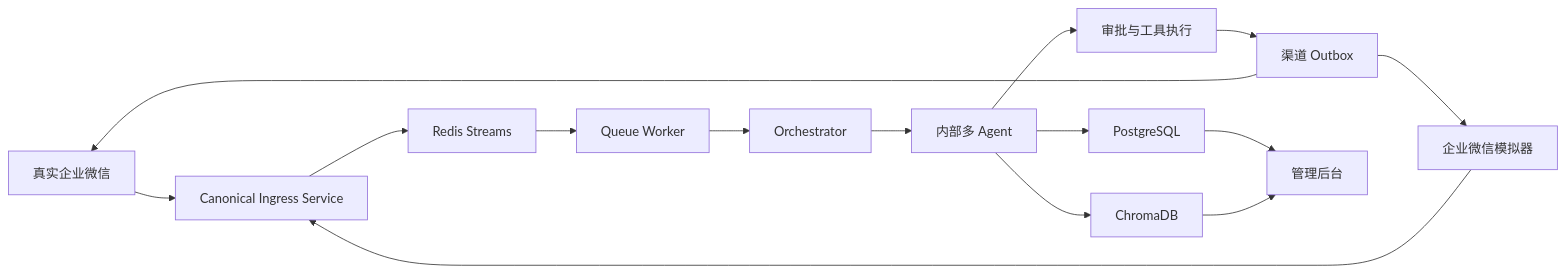
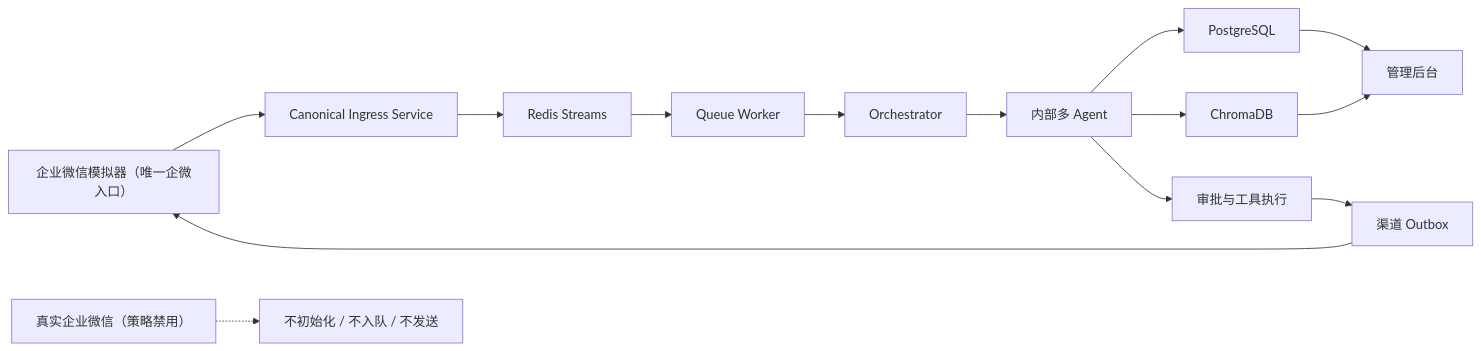
The diagram in docs/product/unified-agent-demo-journey.md (weiz98417-crypto/memory-palace-os), drawn with Mermaid before and after one commit. The commit also changed other lines of this file and 22 other files, not shown here.

````diff
--- a/docs/product/unified-agent-demo-journey.md
+++ b/docs/product/unified-agent-demo-journey.md
@@ -72,17 +72,16 @@
 ```mermaid
 flowchart LR
-    A["真实企业微信"] --> C["Canonical Ingress Service"]
-    B["企业微信模拟器"] --> C
+    A["企业微信模拟器（唯一企微入口）"] --> C["Canonical Ingress Service"]
+    X["真实企业微信（策略禁用）"] -.-> Y["不初始化 / 不入队 / 不发送"]
     C --> D["Redis Streams"]
     D --> E["Queue Worker"]
     E --> F["Orchestrator"]
     F --> G["内部多 Agent"]
     G --> H["PostgreSQL"]
     G --> I["ChromaDB"]
     G --> J["审批与工具执行"]
     J --> K["渠道 Outbox"]
     K --> A
-    K --> B
     H --> L["管理后台"]
     I --> L
 ```
````
